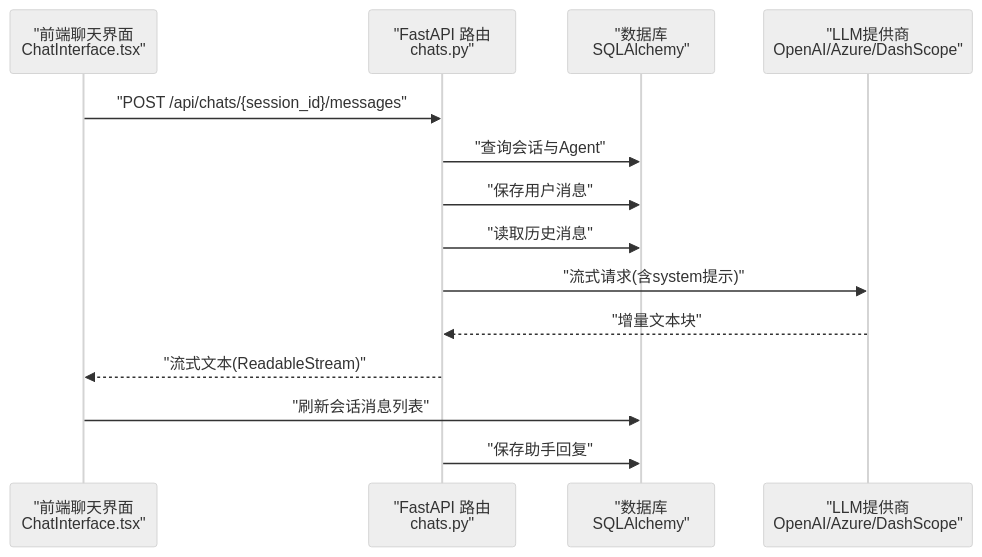
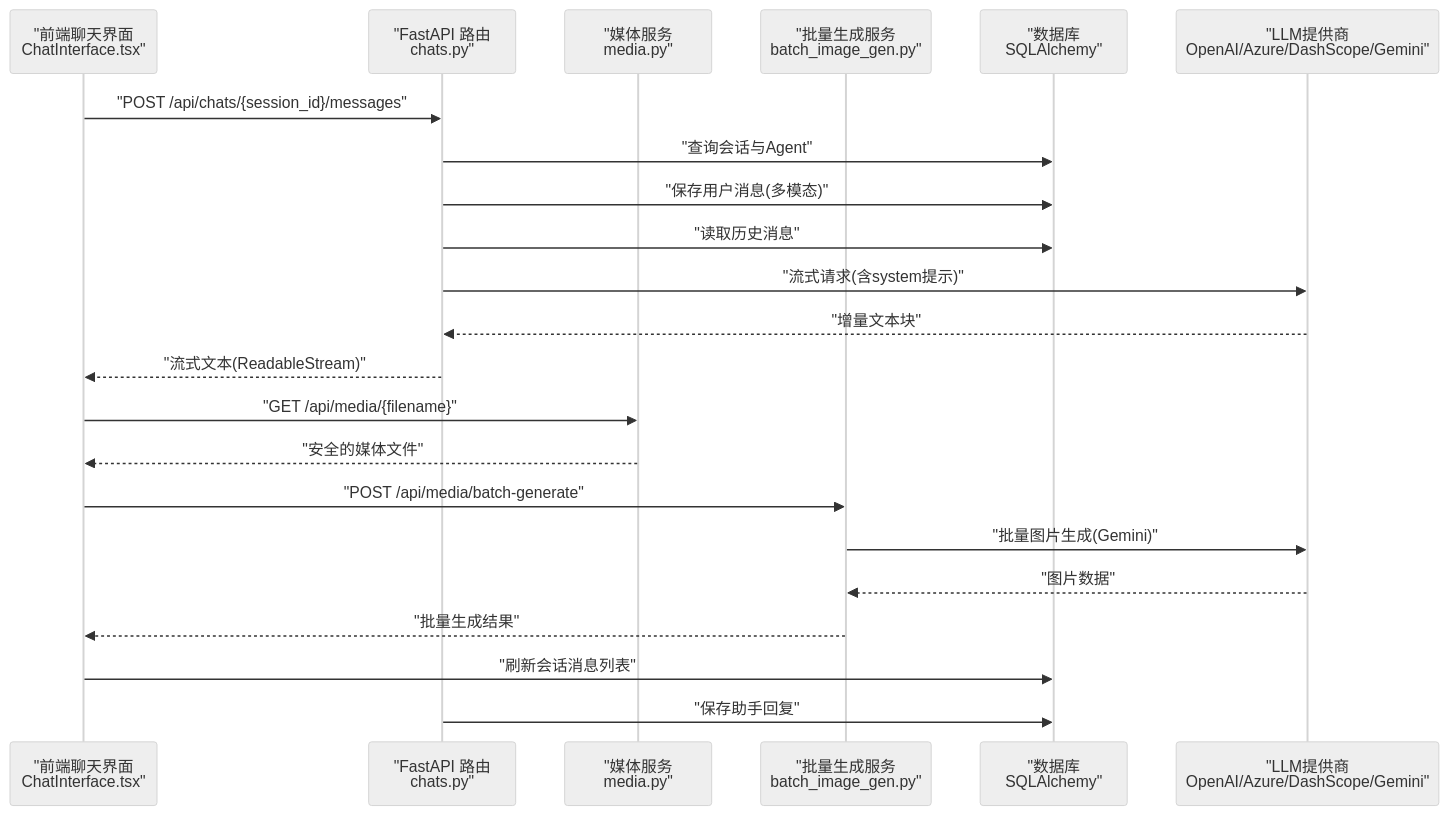
One commit to KunLabAI/KunFlix changed the second of 8 diagrams in .qoder/repowiki/zh/content/后端开发指南/API路由系统/聊天交互API.md. Above: the diagram before and after it, drawn with Mermaid (neutral theme). The commit also changed other lines of this file and 25 other files, not shown here.

````diff
--- a/.qoder/repowiki/zh/content/后端开发指南/API路由系统/聊天交互API.md
+++ b/.qoder/repowiki/zh/content/后端开发指南/API路由系统/聊天交互API.md
@@ -103,16 +126,24 @@
 ```mermaid
 sequenceDiagram
 participant FE as "前端聊天界面<br/>ChatInterface.tsx"
 participant API as "FastAPI 路由<br/>chats.py"
+participant Media as "媒体服务<br/>media.py"
+participant BatchGen as "批量生成服务<br/>batch_image_gen.py"
 participant DB as "数据库<br/>SQLAlchemy"
-participant LLM as "LLM提供商<br/>OpenAI/Azure/DashScope"
+participant LLM as "LLM提供商<br/>OpenAI/Azure/DashScope/Gemini"
 FE->>API : "POST /api/chats/{session_id}/messages"
 API->>DB : "查询会话与Agent"
-API->>DB : "保存用户消息"
+API->>DB : "保存用户消息(多模态)"
 API->>DB : "读取历史消息"
 API->>LLM : "流式请求(含system提示)"
 LLM-->>API : "增量文本块"
 API-->>FE : "流式文本(ReadableStream)"
+FE->>Media : "GET /api/media/{filename}"
+Media-->>FE : "安全的媒体文件"
+FE->>BatchGen : "POST /api/media/batch-generate"
+BatchGen->>LLM : "批量图片生成(Gemini)"
+LLM-->>BatchGen : "图片数据"
+BatchGen-->>FE : "批量生成结果"
 FE->>DB : "刷新会话消息列表"
 API->>DB : "保存助手回复"
 ```
````
